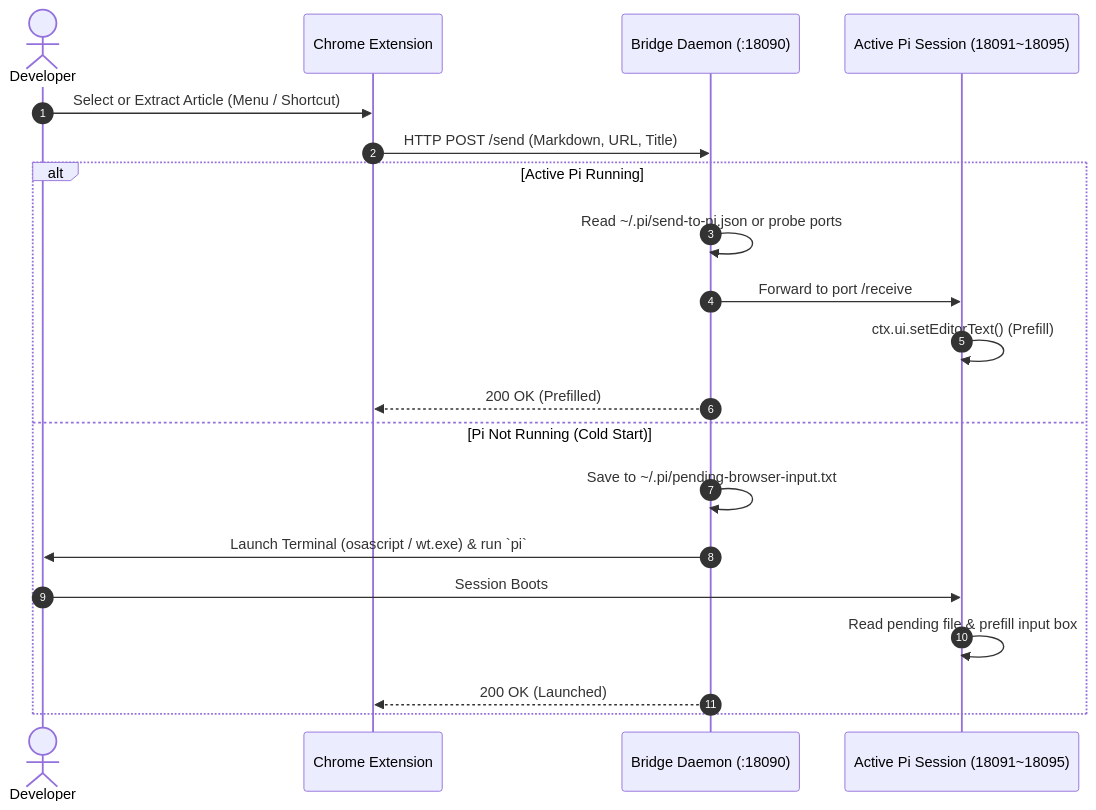
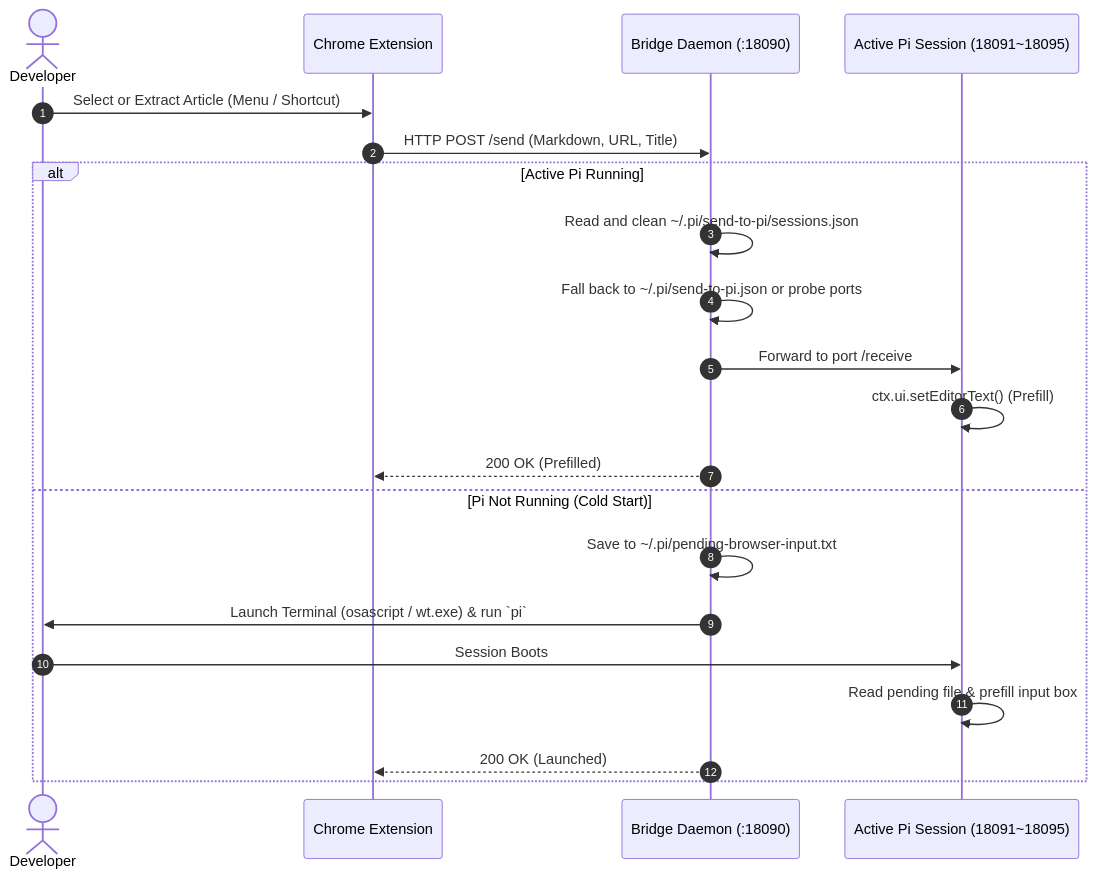
Before and after one commit to Wude-m/send-to-pi: the diagram in README.md, drawn with Mermaid. The commit also changed other lines of this file and 9 other files, not shown here.

````diff
--- a/README.md
+++ b/README.md
@@ -39,23 +39,24 @@
 ```mermaid
 sequenceDiagram
     autonumber
     actor User as Developer
     participant Browser as Chrome Extension
     participant Bridge as Bridge Daemon (:18090)
     participant Pi as Active Pi Session (18091~18095)
 
     User->>Browser: Select or Extract Article (Menu / Shortcut)
     Browser->>Bridge: HTTP POST /send (Markdown, URL, Title)
     alt Active Pi Running
-        Bridge->>Bridge: Read ~/.pi/send-to-pi.json or probe ports
+        Bridge->>Bridge: Read and clean ~/.pi/send-to-pi/sessions.json
+        Bridge->>Bridge: Fall back to ~/.pi/send-to-pi.json or probe ports
         Bridge->>Pi: Forward to port /receive
         Pi->>Pi: ctx.ui.setEditorText() (Prefill)
         Bridge-->>Browser: 200 OK (Prefilled)
     else Pi Not Running (Cold Start)
         Bridge->>Bridge: Save to ~/.pi/pending-browser-input.txt
         Bridge->>User: Launch Terminal (osascript / wt.exe) & run `pi`
         User->>Pi: Session Boots
         Pi->>Pi: Read pending file & prefill input box
         Bridge-->>Browser: 200 OK (Launched)
     end
 ```
````
